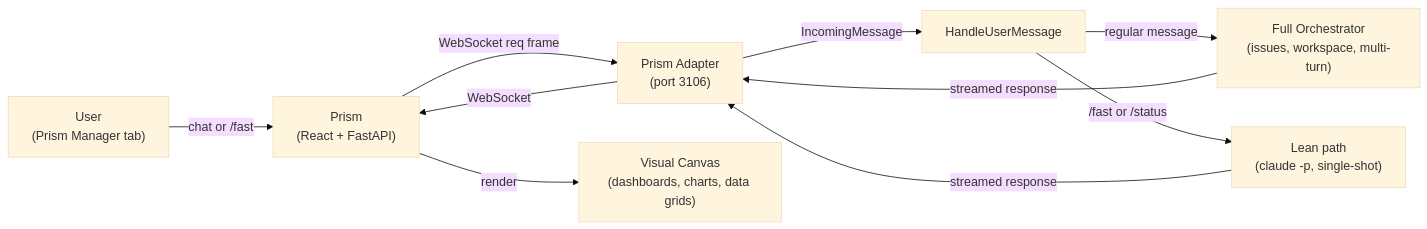
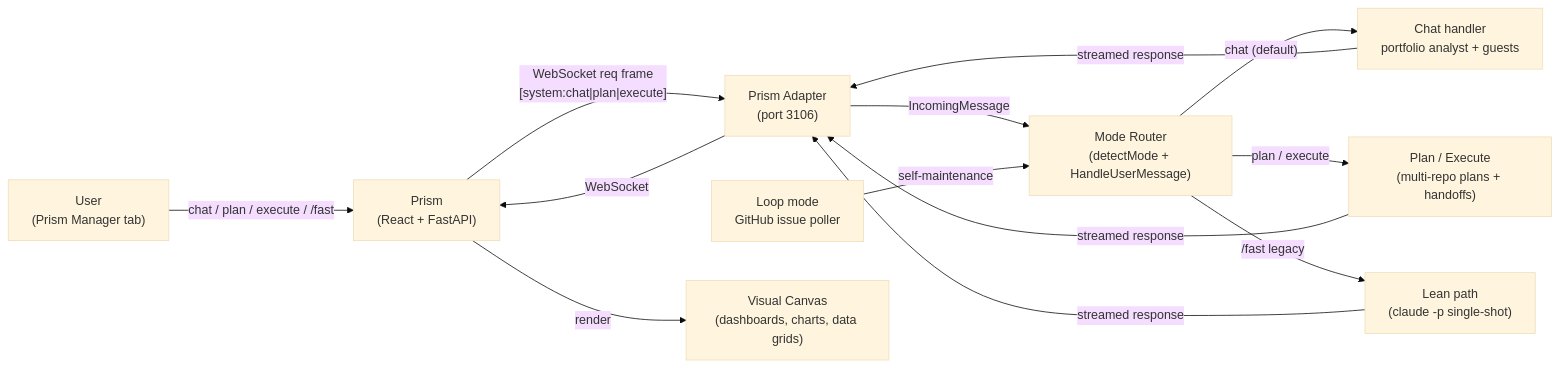
The diagram in README.md (rauriemo/manager), drawn with Mermaid (base theme) before and after one commit. The commit also changed other lines of this file and 3 other files, not shown here.

First line of the commit message:
docs(modes): realign Manager docs with Anthem Chat/Plan/Execute/Loop taxonomy

````diff
--- a/README.md
+++ b/README.md
@@ -39,12 +39,13 @@
 ```mermaid
 flowchart LR
-  User["User\n(Prism Manager tab)"] -->|"chat or /fast"| Prism["Prism\n(React + FastAPI)"]
-  Prism -->|"WebSocket req frame"| Adapter["Prism Adapter\n(port 3106)"]
-  Adapter -->|"IncomingMessage"| Router["HandleUserMessage"]
-  Router -->|"regular message"| Orch["Full Orchestrator\n(issues, workspace, multi-turn)"]
-  Router -->|"/fast or /status"| Lean["Lean path\n(claude -p, single-shot)"]
-  Orch -->|"streamed response"| Adapter
-  Lean -->|"streamed response"| Adapter
+  User["User\n(Prism Manager tab)"] -->|"chat / plan / execute / /fast"| Prism["Prism\n(React + FastAPI)"]
+  Prism -->|"WebSocket req frame\n[system:chat|plan|execute]"| Adapter["Prism Adapter\n(port 3106)"]
+  Adapter -->|"IncomingMessage"| Router["Mode Router\n(detectMode + HandleUserMessage)"]
+  Router -->|"chat (default)"| Chat["Chat handler\nportfolio analyst + guests"]
+  Router -->|"plan / execute"| PlanExec["Plan / Execute\n(multi-repo plans + handoffs)"]
+  Router -->|"/fast legacy"| Lean["Lean path\n(claude -p single-shot)"]
+  Loop["Loop mode\nGitHub issue poller"] -->|"self-maintenance"| Router
+  Chat & PlanExec & Lean -->|"streamed response"| Adapter
   Adapter -->|"WebSocket"| Prism
   Prism -->|"render"| Display["Visual Canvas\n(dashboards, charts, data grids)"]
 ```
````
